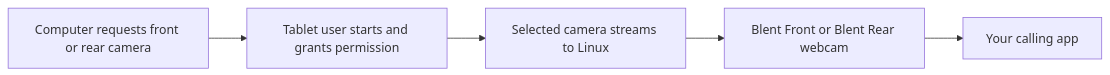
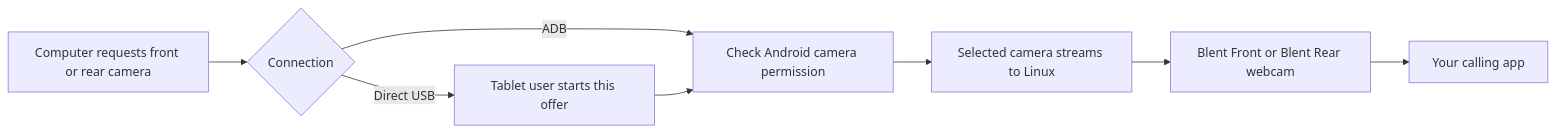
Before and after one commit to geraldo-netto/blent: the diagram in docs/cameras.md, drawn with Mermaid. The commit also changed other lines of this file and 5 other files, not shown here.

````diff
--- a/docs/cameras.md
+++ b/docs/cameras.md
@@ -6,7 +8,10 @@
 ```mermaid
 flowchart LR
-    A[Computer requests front or rear camera] --> B[Tablet user starts and grants permission]
-    B --> C[Selected camera streams to Linux]
+    A[Computer requests front or rear camera] --> B{Connection}
+    B -->|Direct USB| U[Tablet user starts this offer]
+    B -->|ADB| P[Check Android camera permission]
+    U --> P
+    P --> C[Selected camera streams to Linux]
     C --> D[Blent Front or Blent Rear webcam]
     D --> E[Your calling app]
 ```
````
